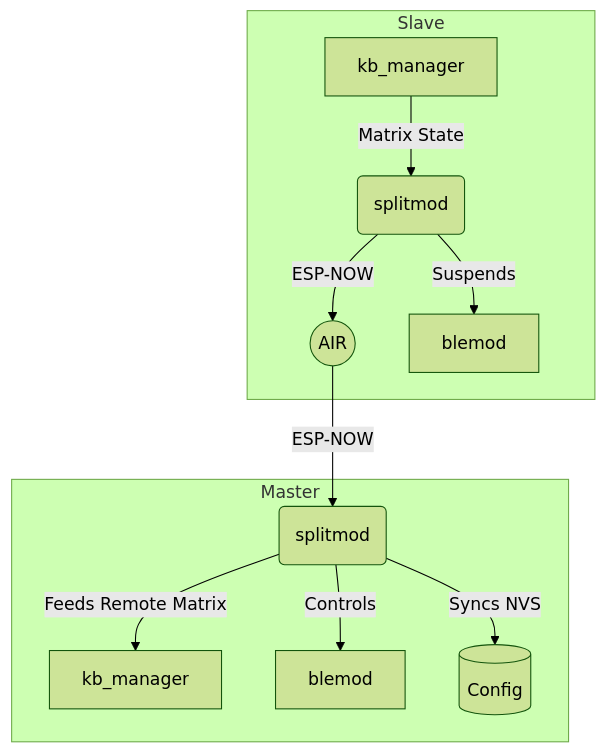
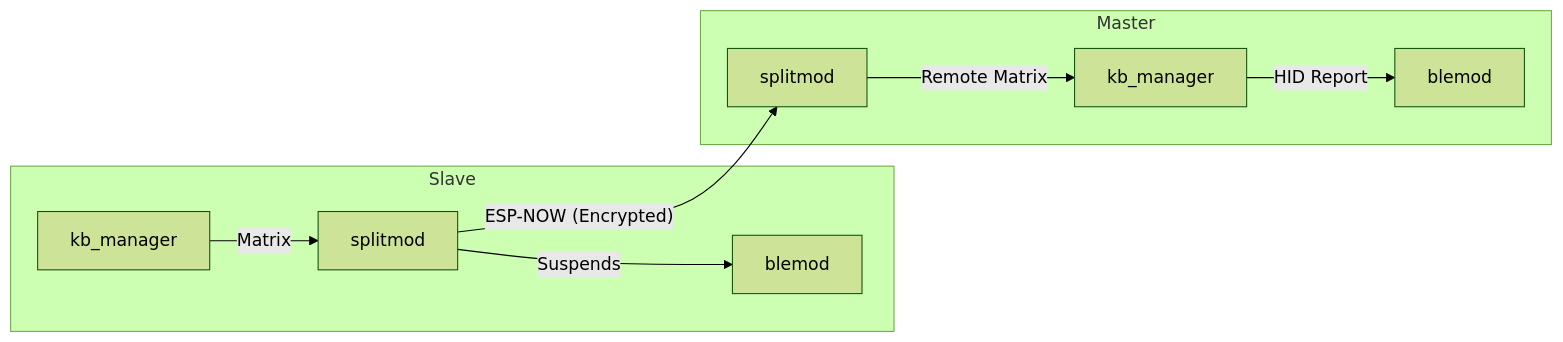
The diagram in universe/modules/SPLIT_MODULE.md (frentuka/Tecleados-ESP-Firmware), drawn with Mermaid (forest theme) before and after one commit. The commit also changed other lines of this file and 7 other files, not shown here.

Commit message:
Universe: updated module architecture guides. added config, status and keyboard documentation

````diff
--- a/universe/modules/SPLIT_MODULE.md
+++ b/universe/modules/SPLIT_MODULE.md
@@ -70,14 +68,13 @@
 ```mermaid
-graph TD;
+graph LR
     subgraph Slave
-        A[kb_manager] -- Matrix State --> B(splitmod);
-        B -- ESP-NOW --> C((AIR));
-        B -- Suspends --> D[blemod];
+        KB_S[kb_manager] -- Matrix --> S_MOD[splitmod]
+        S_MOD -- Suspends --> BLE_S[blemod]
     end
+
     subgraph Master
-        C -- ESP-NOW --> E(splitmod);
-        E -- Feeds Remote Matrix --> F[kb_manager];
-        E -- Controls --> G[blemod];
-        E -- Syncs NVS --> H[(Config)];
+        S_MOD -- "ESP-NOW (Encrypted)" --> M_MOD[splitmod]
+        M_MOD -- Remote Matrix --> KB_M[kb_manager]
+        KB_M -- HID Report --> BLE_M[blemod]
     end
 ```
````
